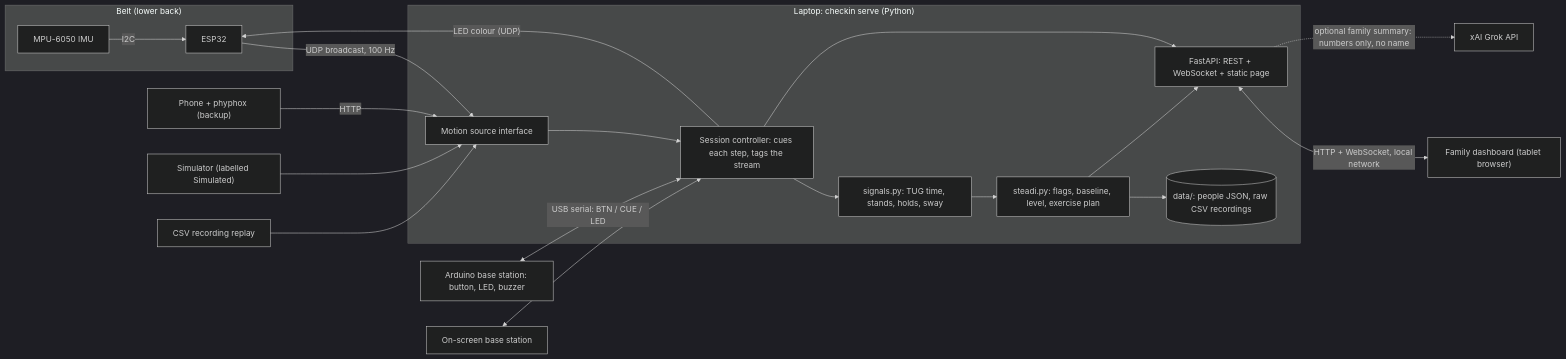
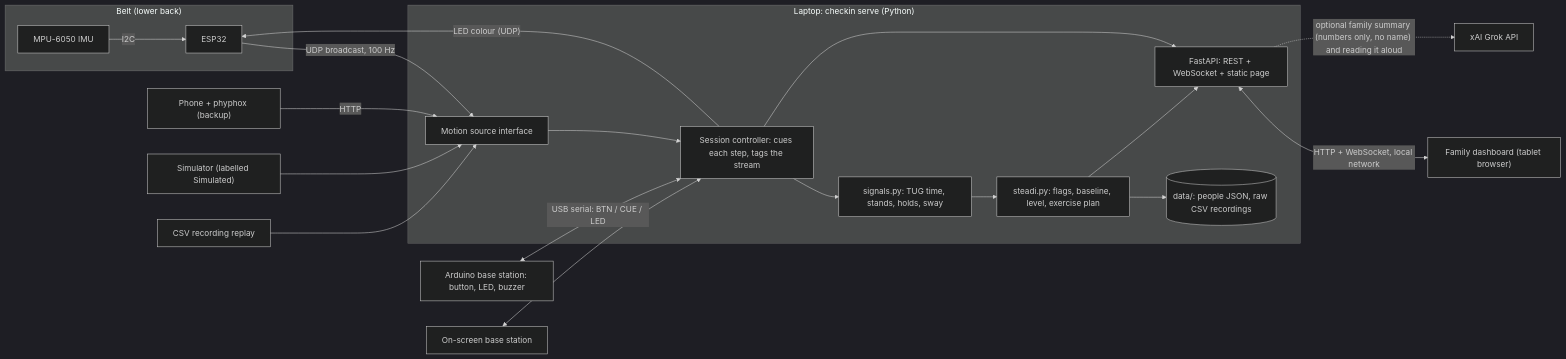
One commit to kevinyyin/Steadi changed the diagram in README.md. Above: the diagram before and after it, drawn with Mermaid (dark theme). The commit also changed other lines of this file and 10 other files, not shown here.

First line of the commit message:
feat: Grok Voice speaks the check-in and exercise cues, and Listen on the family summary (#3)

````diff
--- a/README.md
+++ b/README.md
@@ -45,33 +45,33 @@
 ```mermaid
 flowchart LR
     subgraph belt["Belt (lower back)"]
         imu["MPU-6050 IMU"] -->|I2C| esp["ESP32"]
     end
     phone["Phone + phyphox (backup)"]
     simsrc["Simulator (labelled Simulated)"]
     csv["CSV recording replay"]
 
     subgraph laptop["Laptop: checkin serve (Python)"]
         src["Motion source interface"]
         ctl["Session controller: cues each step, tags the stream"]
         sig["signals.py: TUG time, stands, holds, sway"]
         steadi["steadi.py: flags, baseline, level, exercise plan"]
         store[("data/: people JSON, raw CSV recordings")]
         api["FastAPI: REST + WebSocket + static page"]
         src --> ctl --> sig --> steadi --> store
         ctl --> api
         steadi --> api
     end
 
     esp -->|"UDP broadcast, 100 Hz"| src
     ctl -->|"LED colour (UDP)"| esp
     phone -->|HTTP| src
     simsrc --> src
     csv --> src
 
     base["Arduino base station: button, LED, buzzer"] <-->|"USB serial: BTN / CUE / LED"| ctl
     vbase["On-screen base station"] <--> ctl
 
     api <-->|"HTTP + WebSocket, local network"| tablet["Family dashboard (tablet browser)"]
-    api -.->|"optional family summary: numbers only, no name"| grok["xAI Grok API"]
+    api -.->|"optional family summary (numbers only, no name) and reading it aloud"| grok["xAI Grok API"]
 ```
````
